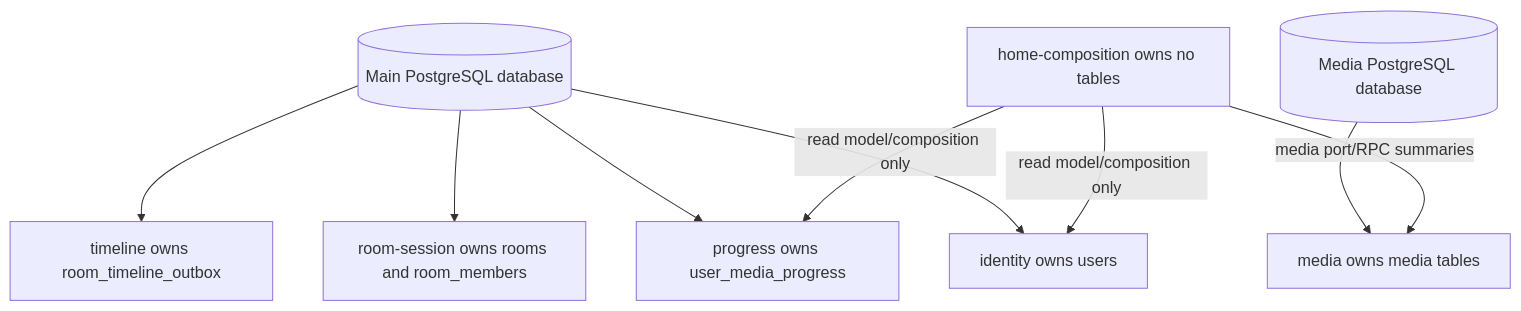
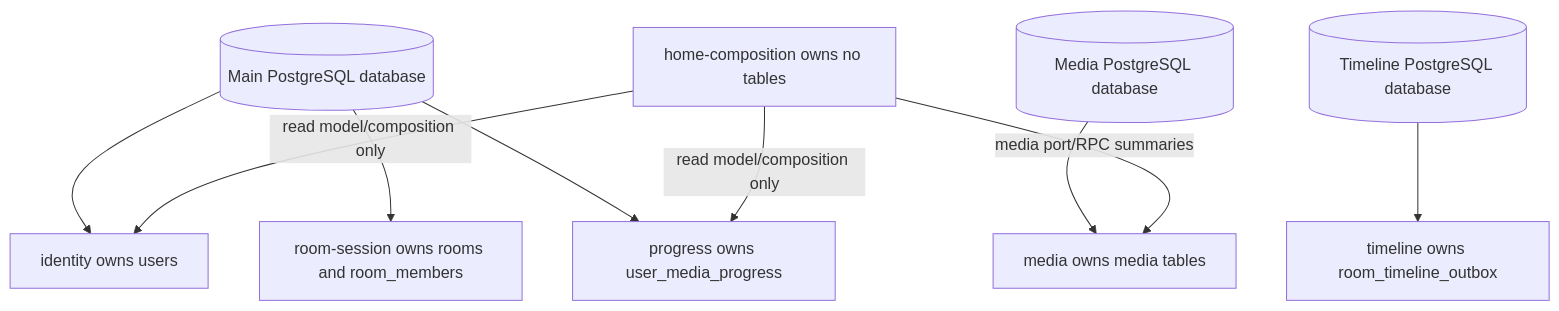
The second of 9 diagrams in docs/distributed-architecture.md (sunboyZgz/watch_together), drawn with Mermaid before and after one commit. The commit also changed other lines of this file and 24 other files, not shown here.

Commit message:
refactor: The timeline model has evolved into an early prototype of a distributed architecture based on microservices.

````diff
--- a/docs/distributed-architecture.md
+++ b/docs/distributed-architecture.md
@@ -77,20 +78,21 @@
 ```mermaid
 flowchart TD
   MainPG[(Main PostgreSQL database)]
   MediaPG[(Media PostgreSQL database)]
+  TimelinePG[(Timeline PostgreSQL database)]
   Identity[identity owns users]
   Media[media owns media tables]
   RoomSession[room-session owns rooms and room_members]
   Progress[progress owns user_media_progress]
   Timeline[timeline owns room_timeline_outbox]
   Home[home-composition owns no tables]
 
   MainPG --> Identity
   MediaPG --> Media
   MainPG --> RoomSession
   MainPG --> Progress
-  MainPG --> Timeline
+  TimelinePG --> Timeline
   Home -->|read model/composition only| Identity
   Home -->|media port/RPC summaries| Media
   Home -->|read model/composition only| Progress
 ```
````
